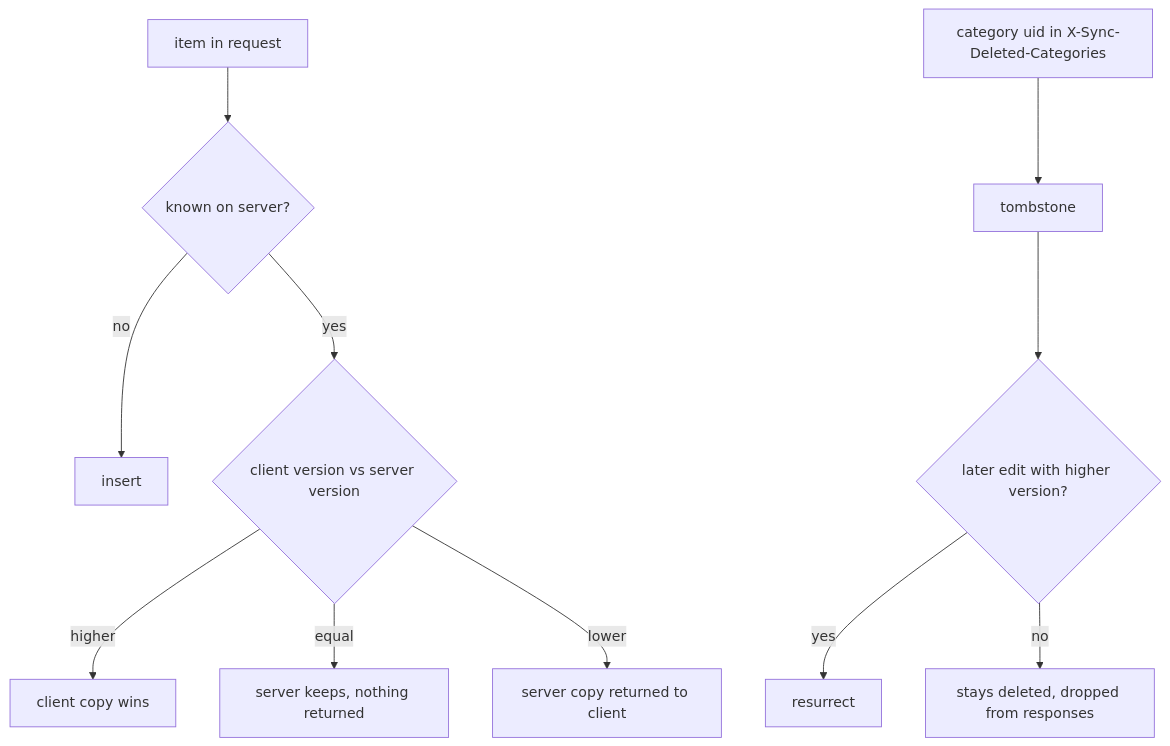
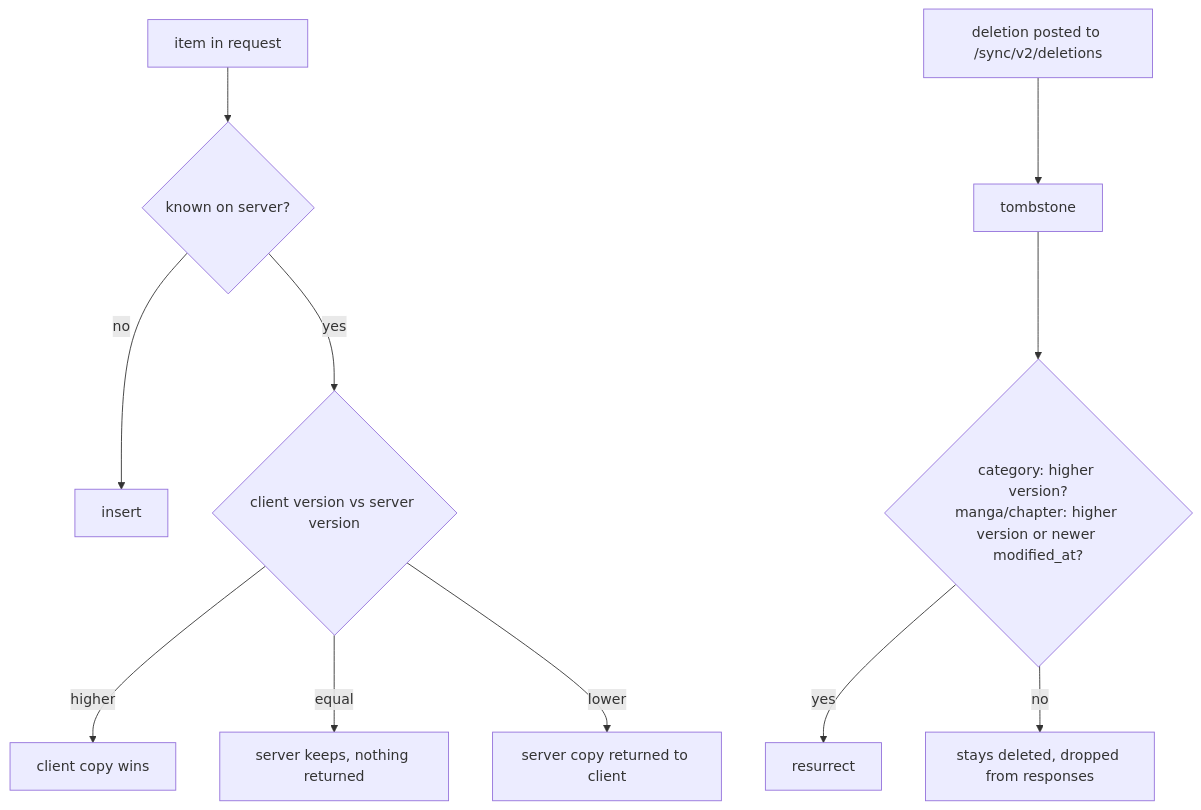
One commit to syncyomi/syncyomi changed the third of 3 diagrams in docs/sync-protocol-v2.md. Above: the diagram before and after it, drawn with Mermaid. The commit also changed other lines of this file and 18 other files, not shown here.

````diff
--- a/docs/sync-protocol-v2.md
+++ b/docs/sync-protocol-v2.md
@@ -94,13 +95,13 @@
 ```mermaid
 flowchart TD
     I[item in request] --> K{known on server?}
     K -- no --> INS[insert]
     K -- yes --> V{client version vs server version}
     V -- higher --> W[client copy wins]
     V -- equal --> KEEP[server keeps, nothing returned]
     V -- lower --> R[server copy returned to client]
-    T[category uid in X-Sync-Deleted-Categories] --> TB[tombstone]
-    TB --> RES{later edit with higher version?}
+    T[deletion posted to /sync/v2/deletions] --> TB[tombstone]
+    TB --> RES{category: higher version?<br/>manga/chapter: higher version or newer modified_at?}
     RES -- yes --> RESURRECT[resurrect]
     RES -- no --> STAY[stays deleted, dropped from responses]
 ```
````
